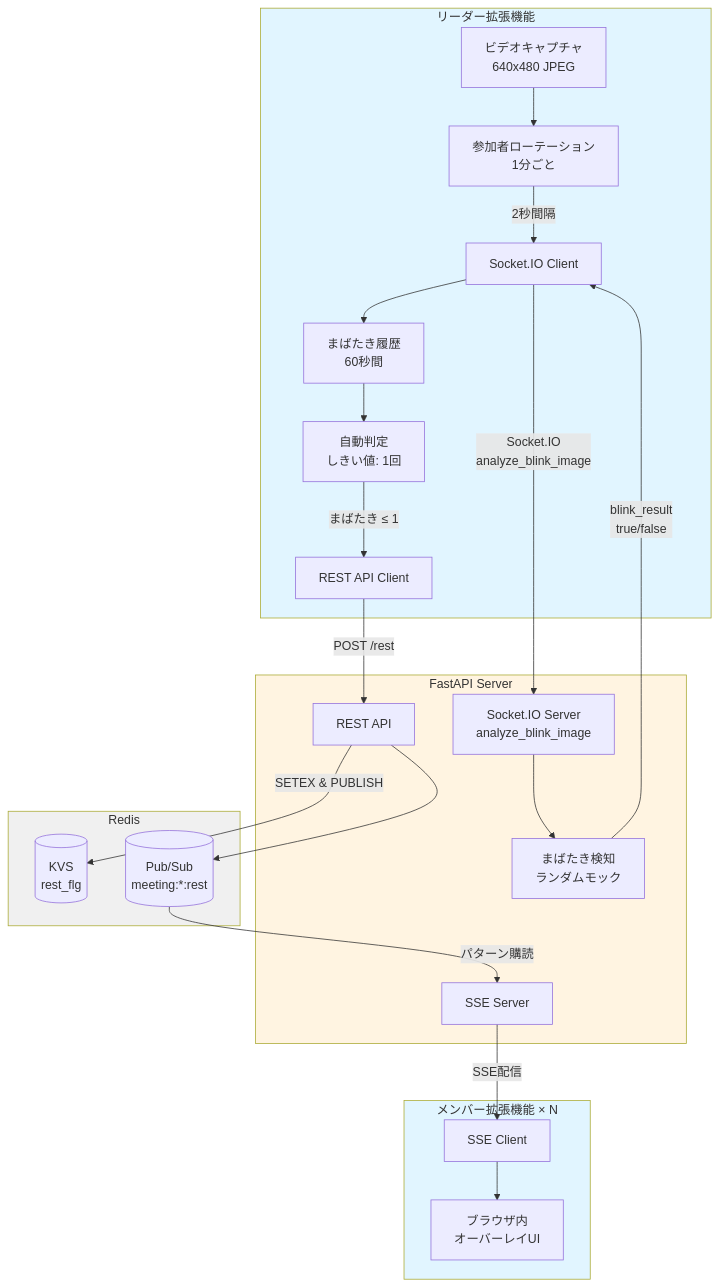
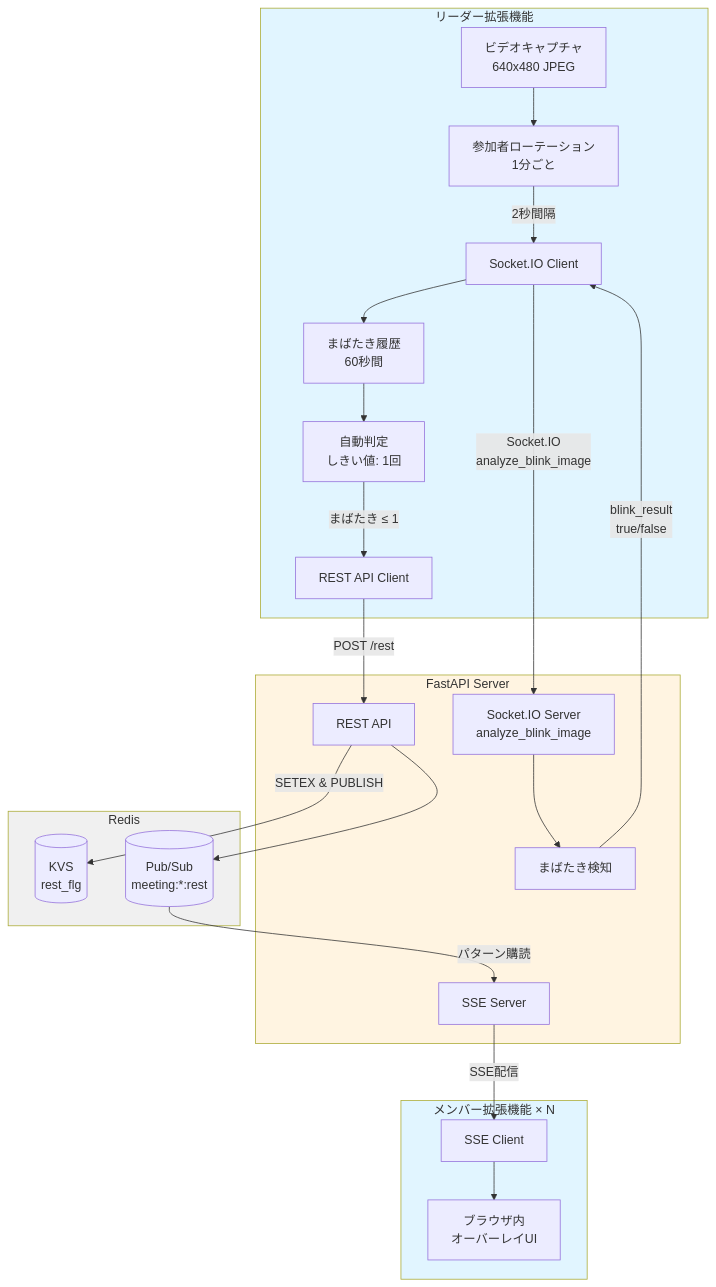
The second of 2 diagrams in README.md (jphacks/os_2521), drawn with Mermaid before and after one commit. The commit also changed other lines of this file and 12 other files, not shown here.

````diff
--- a/README.md
+++ b/README.md
@@ -136,50 +134,50 @@
 ```mermaid
 flowchart TB
   subgraph Leader[リーダー拡張機能]
     VIDEO[ビデオキャプチャ<br/>640x480 JPEG]
     ROTATION[参加者ローテーション<br/>1分ごと]
     SIOCD[Socket.IO Client]
     HISTORY[まばたき履歴<br/>60秒間]
     JUDGE[自動判定<br/>しきい値: 1回]
     API1[REST API Client]
   end
 
   subgraph Member[メンバー拡張機能 × N]
     SSE1[SSE Client]
     UI1[ブラウザ内<br/>オーバーレイUI]
   end
 
   subgraph Server[FastAPI Server]
     REST[REST API]
     SSE_SRV[SSE Server]
     SOCK[Socket.IO Server<br/>analyze_blink_image]
-    BLINK[まばたき検知<br/>ランダムモック]
+    BLINK[まばたき検知]
   end
 
   subgraph Data[Redis]
     KVS[(KVS<br/>rest_flg)]
     PUBSUB[(Pub/Sub<br/>meeting:*:rest)]
   end
 
   VIDEO-->ROTATION
   ROTATION--2秒間隔-->SIOCD
   SIOCD--Socket.IO<br/>analyze_blink_image-->SOCK
   SOCK-->BLINK
   BLINK--blink_result<br/>true/false-->SIOCD
   SIOCD-->HISTORY
   HISTORY-->JUDGE
   JUDGE--まばたき ≤ 1-->API1
 
   API1--POST /rest-->REST
   REST--SETEX & PUBLISH-->KVS
   REST-->PUBSUB
 
   PUBSUB--パターン購読-->SSE_SRV
   SSE_SRV--SSE配信-->SSE1
   SSE1-->UI1
 
   style Leader fill:#e1f5ff
   style Member fill:#e1f5ff
   style Server fill:#fff4e1
   style Data fill:#f0f0f0
 ```
````
